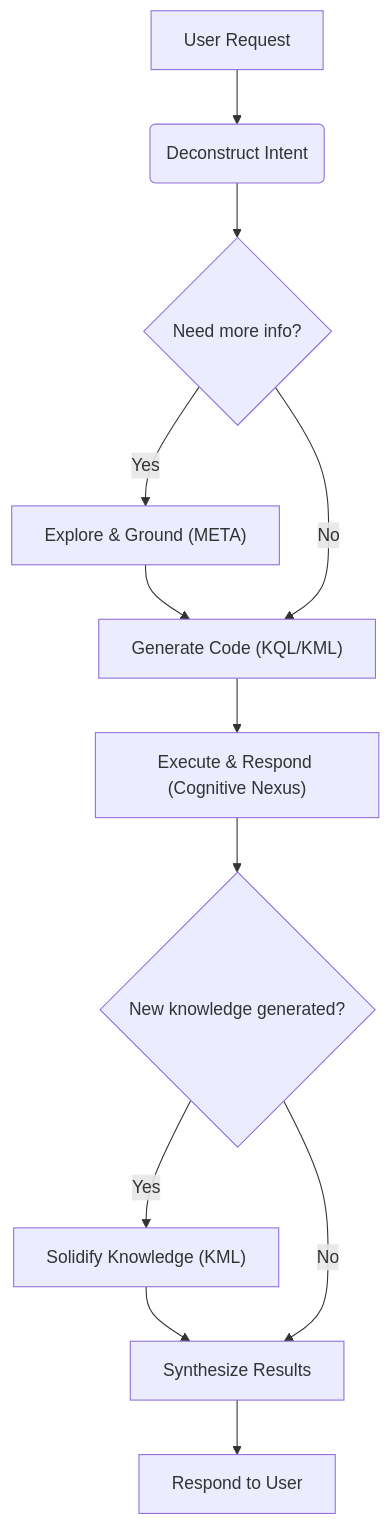
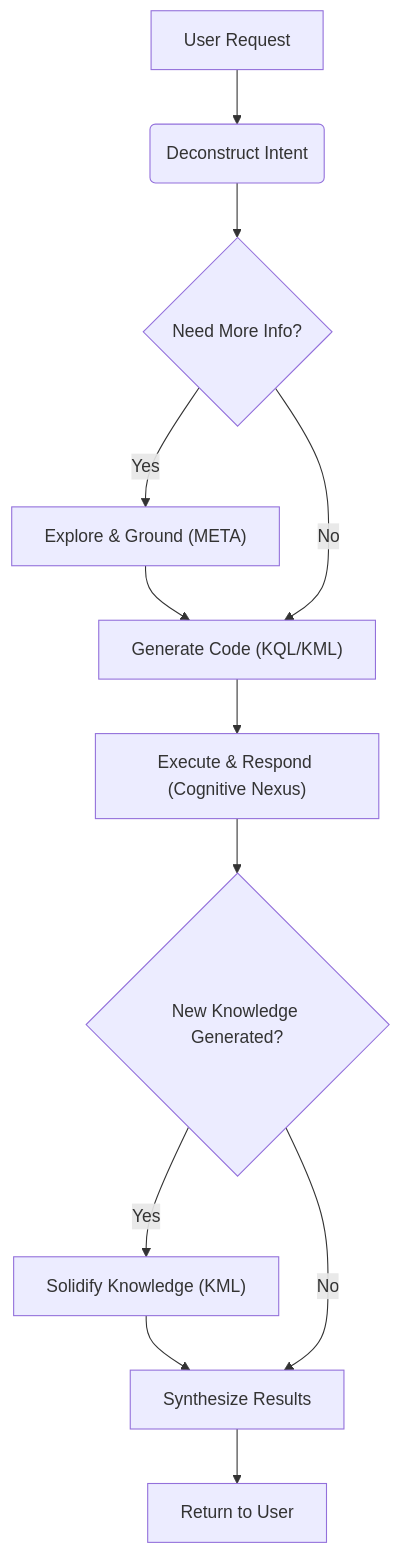
Before and after one commit to ldclabs/KIP: the second of 2 diagrams in README.md, drawn with Mermaid. The commit also changed other lines of this file and 4 other files, not shown here.

````diff
--- a/README.md
+++ b/README.md
@@ -922,14 +922,14 @@
 ```mermaid
 graph TD
     A[User Request] --> B(Deconstruct Intent);
-    B --> C{Need more info?};
+    B --> C{Need More Info?};
     C -- Yes --> D["Explore & Ground (META)"];
     D --> E["Generate Code (KQL/KML)"];
     C -- No --> E;
     E --> F["Execute & Respond (Cognitive Nexus)"];
-    F --> G{New knowledge generated?};
+    F --> G{New Knowledge Generated?};
     G -- Yes --> H["Solidify Knowledge (KML)"];
     H --> I[Synthesize Results];
     G -- No --> I;
-    I --> J[Respond to User];
+    I --> J[Return to User];
 ```
````
